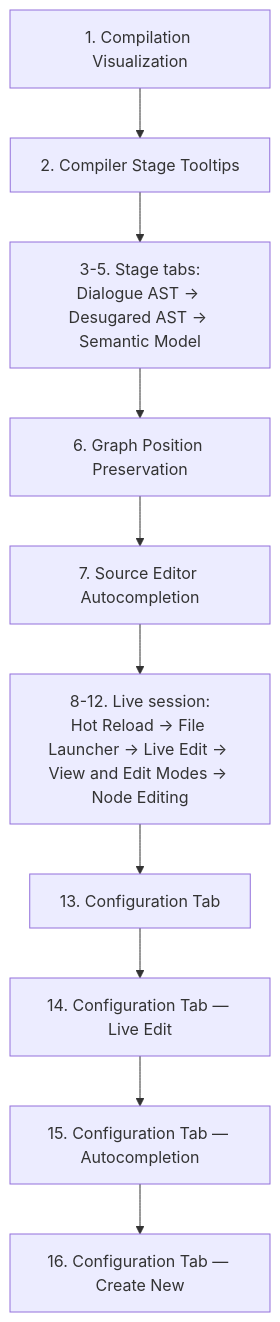
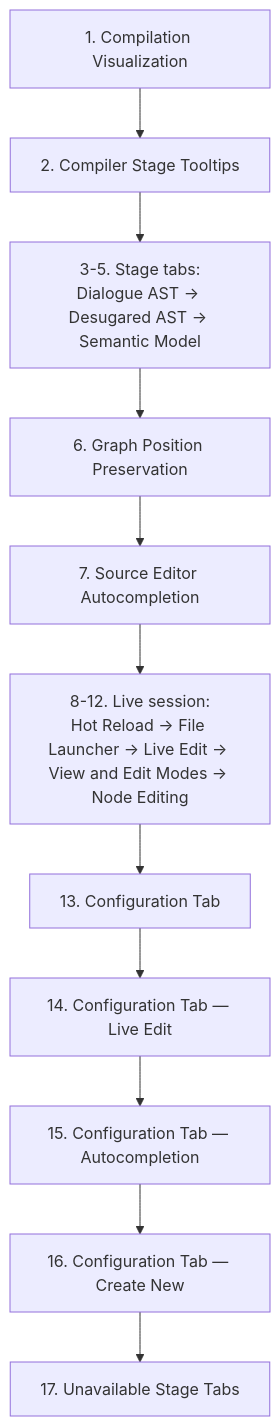
The third of 4 diagrams in docs/contributing/design-notes/README.md (pengzhengyi/godot-dialoguedown), drawn with Mermaid before and after one commit. The commit also changed other lines of this file and 4 other files, not shown here.

First line of the commit message:
docs(unavailable-stage-tabs): reconcile note with implementation

````diff
--- a/docs/contributing/design-notes/README.md
+++ b/docs/contributing/design-notes/README.md
@@ -116,12 +116,13 @@
 ```mermaid
 flowchart TB
     CV["1. Compilation Visualization"] --> TT["2. Compiler Stage Tooltips"]
     TT --> TABS["3-5. Stage tabs:<br/>Dialogue AST → Desugared AST → Semantic Model"]
     TABS --> GX["6. Graph Position Preservation"]
     GX --> AC["7. Source Editor Autocompletion"]
     AC --> LIVE["8-12. Live session:<br/>Hot Reload → File Launcher → Live Edit → View and Edit Modes → Node Editing"]
     LIVE --> CFG["13. Configuration Tab"]
     CFG --> CFGLE["14. Configuration Tab — Live Edit"]
     CFGLE --> CFGAC["15. Configuration Tab — Autocompletion"]
     CFGAC --> CFGCN["16. Configuration Tab — Create New"]
+    CFGCN --> UST["17. Unavailable Stage Tabs"]
 ```
````
